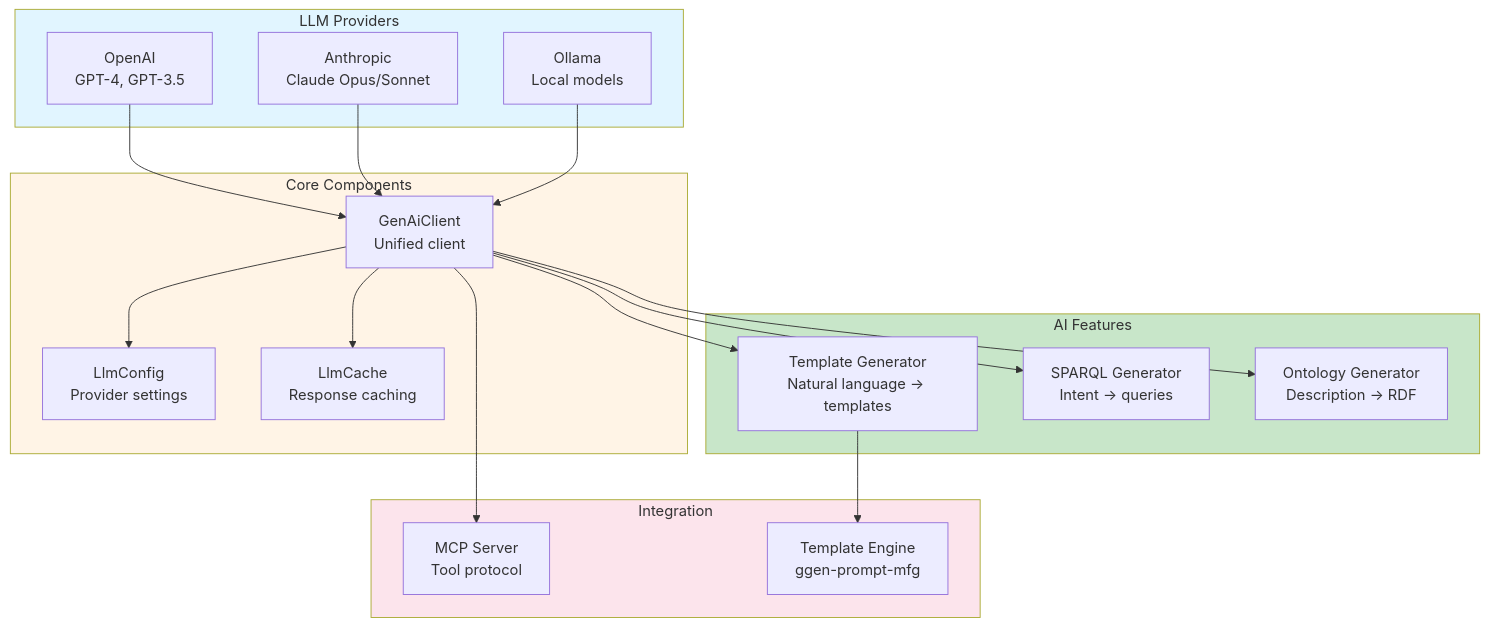
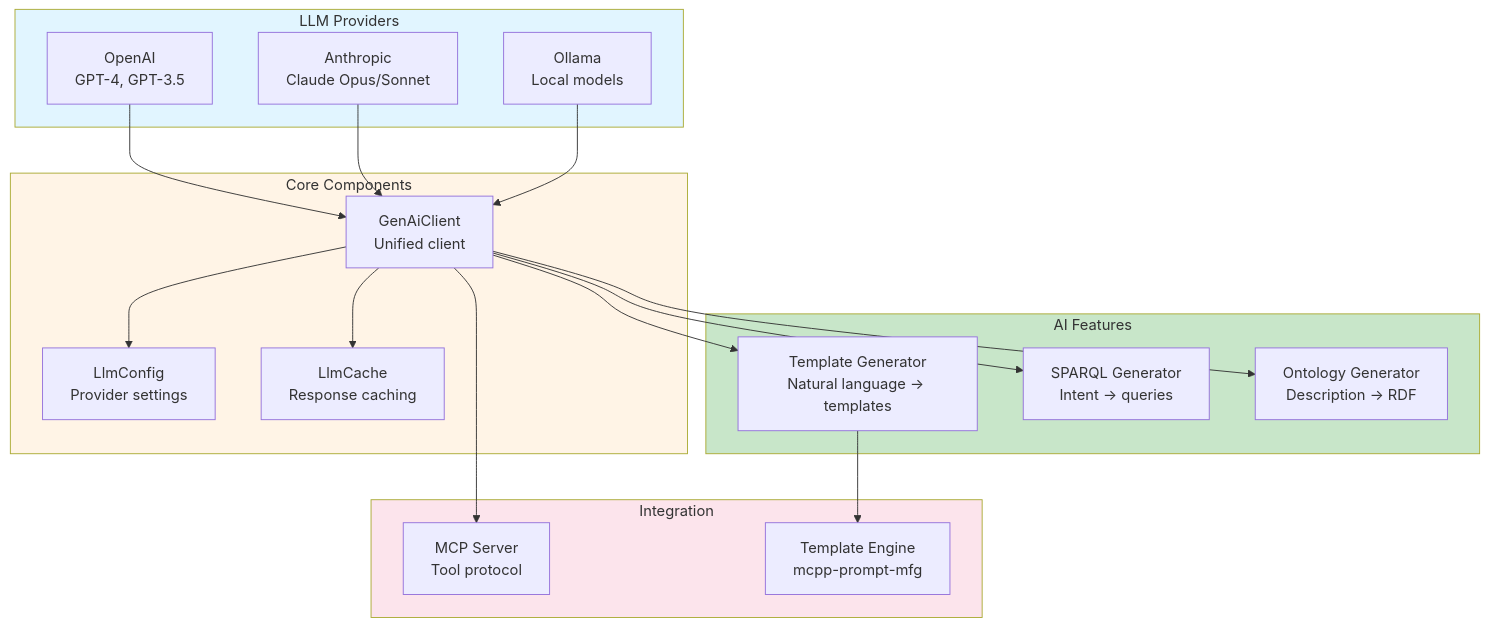
Before and after one commit to seanchatmangpt/ggen: the diagram in crates/ggen-ai/README.md, drawn with Mermaid. The commit also changed other lines of this file and 1829 other files, not shown here.

````diff
--- a/crates/ggen-ai/README.md
+++ b/crates/ggen-ai/README.md
@@ -71,44 +71,44 @@
 ```mermaid
 flowchart TD
     subgraph Providers["LLM Providers"]
         OPENAI["OpenAI<br/>GPT-4, GPT-3.5"]
         ANTHROPIC["Anthropic<br/>Claude Opus/Sonnet"]
         OLLAMA["Ollama<br/>Local models"]
     end
 
     subgraph Core["Core Components"]
         CLIENT["GenAiClient<br/>Unified client"]
         CONFIG["LlmConfig<br/>Provider settings"]
         CACHE["LlmCache<br/>Response caching"]
     end
 
     subgraph Features["AI Features"]
         TMPL_GEN["Template Generator<br/>Natural language → templates"]
         SPARQL["SPARQL Generator<br/>Intent → queries"]
         ONTO["Ontology Generator<br/>Description → RDF"]
     end
 
     subgraph Integration["Integration"]
         MCP["MCP Server<br/>Tool protocol"]
-        TEMPLATES["Template Engine<br/>ggen-prompt-mfg"]
+        TEMPLATES["Template Engine<br/>mcpp-prompt-mfg"]
     end
 
     OPENAI --> CLIENT
     ANTHROPIC --> CLIENT
     OLLAMA --> CLIENT
 
     CLIENT --> CONFIG
     CLIENT --> CACHE
 
     CLIENT --> TMPL_GEN
     CLIENT --> SPARQL
     CLIENT --> ONTO
 
     TMPL_GEN --> TEMPLATES
     CLIENT --> MCP
 
     style Providers fill:#e1f5ff
     style Core fill:#fff4e6
     style Features fill:#c8e6c9
     style Integration fill:#fce4ec
 ```
````
